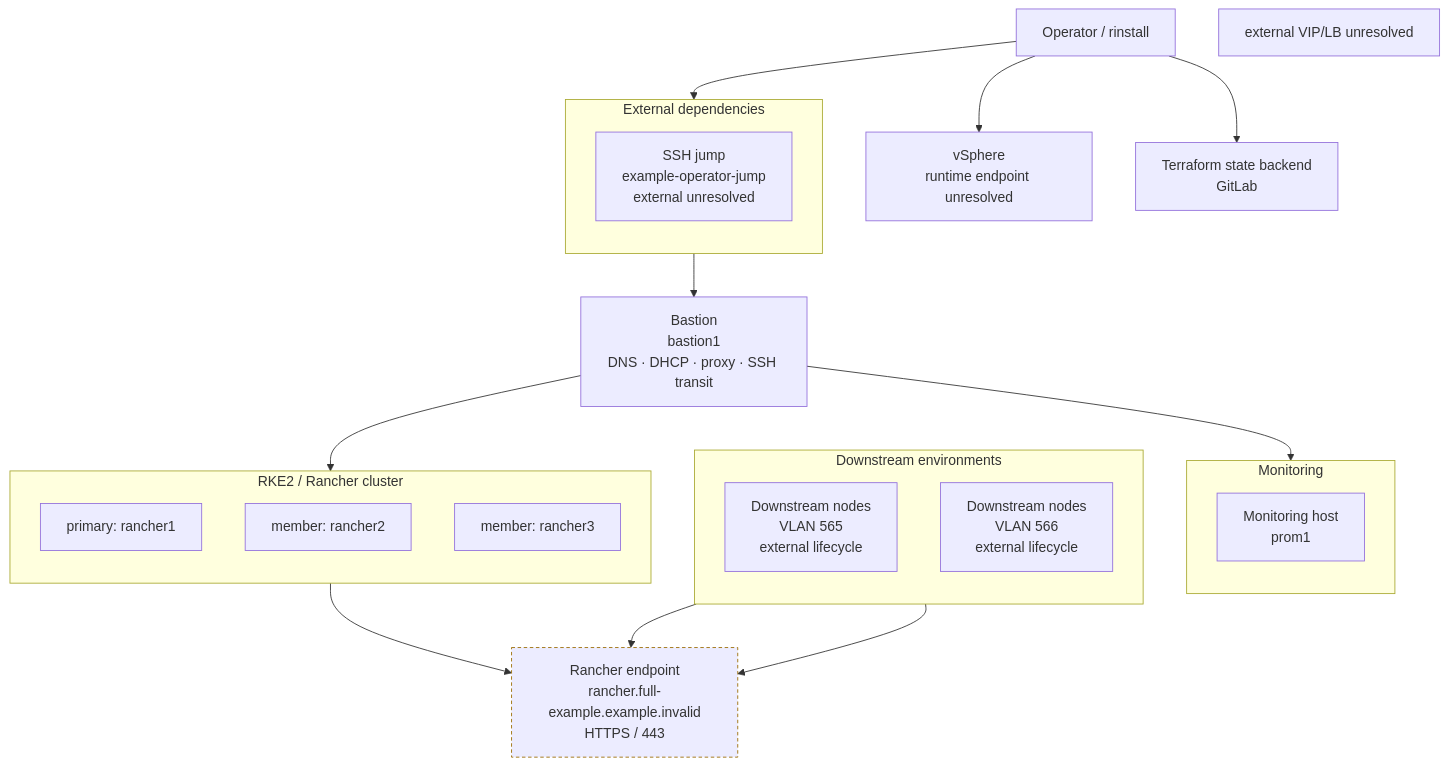
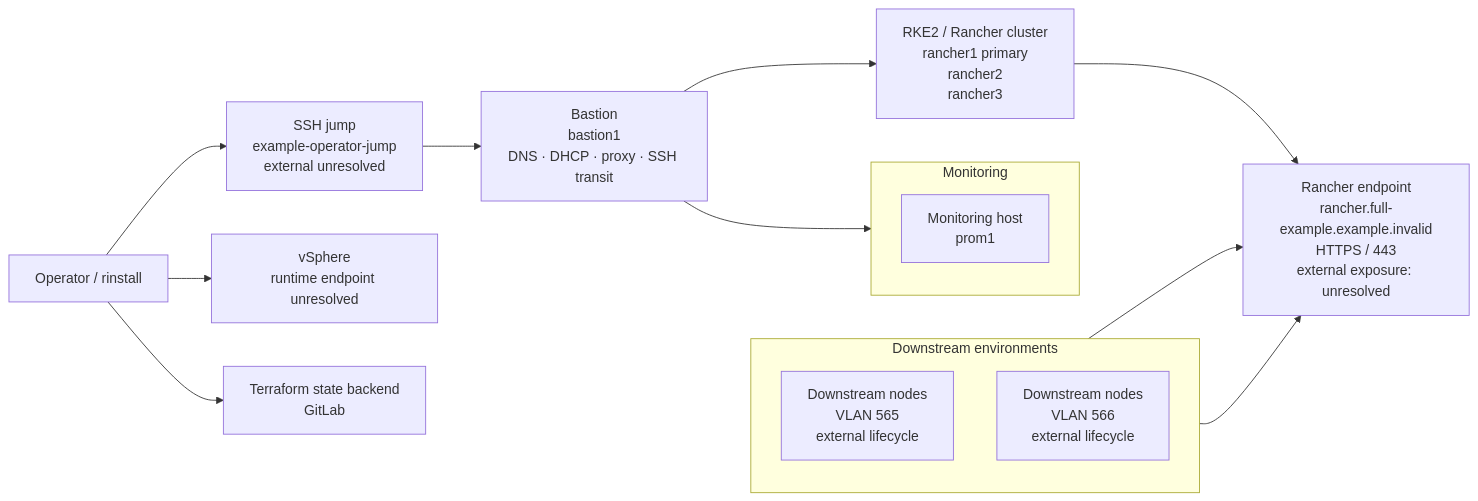
One commit to davidhrbac/rinstall changed the first of 2 diagrams in examples/full/topology.md. Above: the diagram before and after it, drawn with Mermaid. The commit also changed 3 other files, not shown here.

Commit message:
fix(topology): refine v2 architecture map

````diff
--- a/examples/full/topology.md
+++ b/examples/full/topology.md
@@ -7,40 +7,28 @@
 ```mermaid
-flowchart TB
+flowchart LR
   actor_operator_workstation_974971eaa5["Operator / rinstall"]
-  subgraph external_access["External dependencies"]
-    direction TB
-    endpoint_endpoint_ssh_jump_f7b7c2ca2d["SSH jump<br/>example-operator-jump<br/>external unresolved"]
-  end
+  endpoint_endpoint_ssh_jump_f7b7c2ca2d["SSH jump<br/>example-operator-jump<br/>external unresolved"]
   host_bastion1_fd65cf69ce["Bastion<br/>bastion1<br/>DNS · DHCP · proxy · SSH transit"]
   subgraph monitoring["Monitoring"]
     direction TB
     host_prom1_abf2e7bd7a["Monitoring host<br/>prom1"]
   end
-  subgraph cluster_cluster_rke2_rancher_de77c71a50["RKE2 / Rancher cluster"]
-    direction TB
-    host_rancher1_d47e6b0e07["primary: rancher1"]
-    host_rancher2_bcc55a020f["member: rancher2"]
-    host_rancher3_bbbf0c319b["member: rancher3"]
-  end
-  endpoint_endpoint_rancher_0637b61772["Rancher endpoint<br/>rancher.full-example.example.invalid<br/>HTTPS / 443"]
-  endpoint_endpoint_rancher_0637b61772:::unresolved
-  endpoint_endpoint_rancher_0637b61772_note["external VIP/LB unresolved"]
+  cluster_cluster_rke2_rancher_de77c71a50["RKE2 / Rancher cluster<br/>rancher1 primary<br/>rancher2<br/>rancher3"]
+  endpoint_endpoint_rancher_0637b61772["Rancher endpoint<br/>rancher.full-example.example.invalid<br/>HTTPS / 443<br/>external exposure: unresolved"]
   subgraph downstream["Downstream environments"]
     direction TB
     consumer_consumer_downstream_vlan565_dfc74929d4["Downstream nodes<br/>VLAN 565<br/>external lifecycle"]
     consumer_consumer_downstream_vlan566_30b7d29b35["Downstream nodes<br/>VLAN 566<br/>external lifecycle"]
   end
   endpoint_endpoint_vcenter_bba77268c7["vSphere<br/>runtime endpoint unresolved"]
   endpoint_endpoint_terraform_backend_a27fbcb411["Terraform state backend<br/>GitLab"]
   actor_operator_workstation_974971eaa5 --> endpoint_endpoint_ssh_jump_f7b7c2ca2d
   endpoint_endpoint_ssh_jump_f7b7c2ca2d --> host_bastion1_fd65cf69ce
   host_bastion1_fd65cf69ce --> host_prom1_abf2e7bd7a
   host_bastion1_fd65cf69ce --> cluster_cluster_rke2_rancher_de77c71a50
   cluster_cluster_rke2_rancher_de77c71a50 --> endpoint_endpoint_rancher_0637b61772
   consumer_consumer_downstream_vlan565_dfc74929d4 --> endpoint_endpoint_rancher_0637b61772
   consumer_consumer_downstream_vlan566_30b7d29b35 --> endpoint_endpoint_rancher_0637b61772
   actor_operator_workstation_974971eaa5 --> endpoint_endpoint_vcenter_bba77268c7
   actor_operator_workstation_974971eaa5 --> endpoint_endpoint_terraform_backend_a27fbcb411
-  classDef unresolved stroke:#9b6b00,stroke-dasharray: 4 3
-  classDef external fill:#f3f3f3,stroke:#777777
 ```
````
